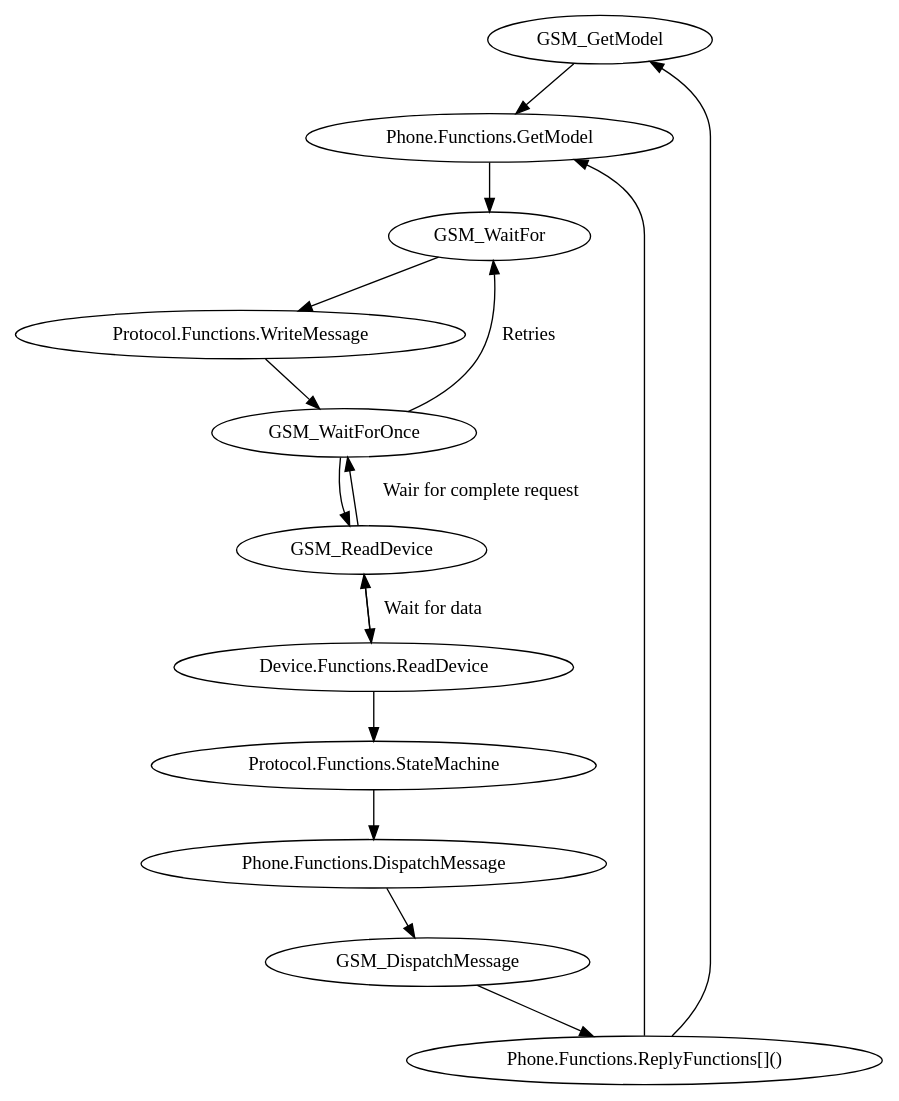
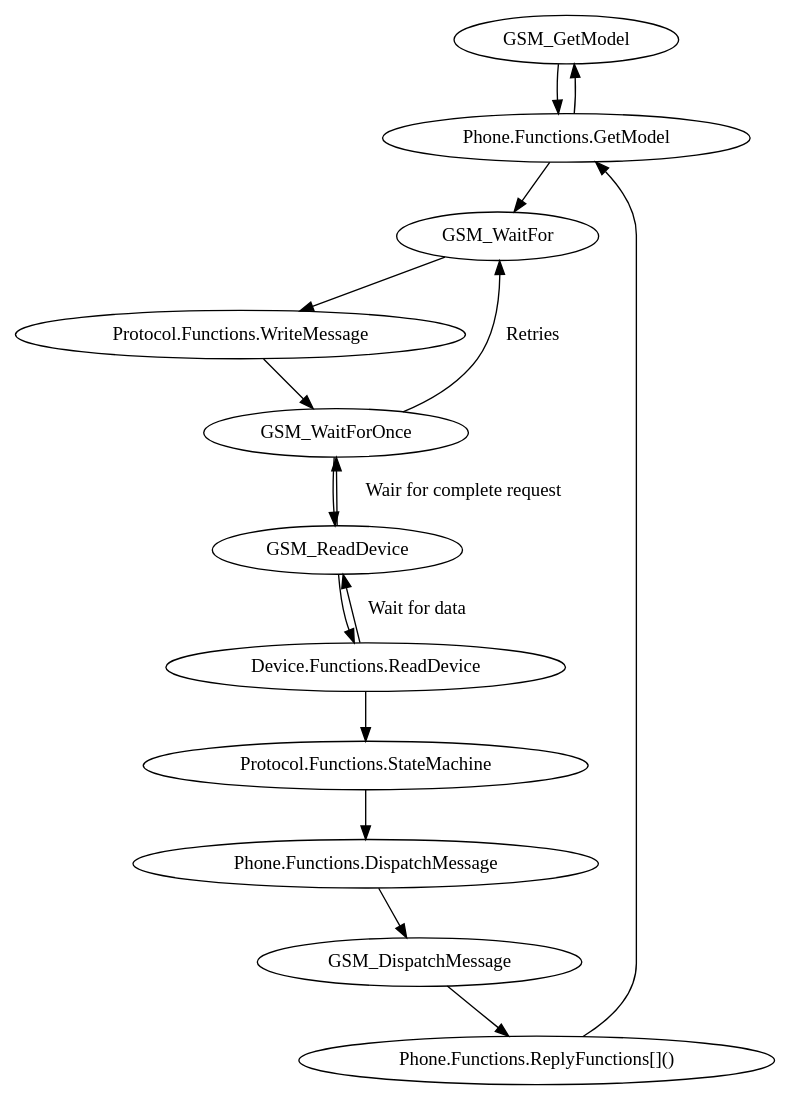
One commit to gammu/gammu changed the diagram in docs/manual/internal/state-machine.rst. Above: the diagram before and after it, drawn with Graphviz.

```diff
--- a/docs/manual/internal/state-machine.rst
+++ b/docs/manual/internal/state-machine.rst
@@ -10,19 +10,19 @@
 .. graphviz::
 
    digraph statemachine {
         "GSM_GetModel" -> "Phone.Functions.GetModel";
         "Phone.Functions.GetModel" -> "GSM_WaitFor";
         "GSM_WaitFor" -> "Protocol.Functions.WriteMessage";
         "Protocol.Functions.WriteMessage" -> "GSM_WaitForOnce";
         "GSM_WaitForOnce" -> "GSM_WaitFor" [label="Retries"];
         "GSM_WaitForOnce" -> "GSM_ReadDevice";
         "GSM_ReadDevice" -> "GSM_WaitForOnce" [label="Wair for complete request"];
         "GSM_ReadDevice" -> "Device.Functions.ReadDevice";
         "Device.Functions.ReadDevice" -> "GSM_ReadDevice" [label="Wait for data"];
         "Device.Functions.ReadDevice" -> "Protocol.Functions.StateMachine";
         "Protocol.Functions.StateMachine" -> "Phone.Functions.DispatchMessage"
         "Phone.Functions.DispatchMessage" -> "GSM_DispatchMessage";
         "GSM_DispatchMessage" -> "Phone.Functions.ReplyFunctions[]()";
         "Phone.Functions.ReplyFunctions[]()" -> "Phone.Functions.GetModel";
-        "Phone.Functions.ReplyFunctions[]()" -> "GSM_GetModel";
+        "Phone.Functions.GetModel" -> "GSM_GetModel";
    }
```
